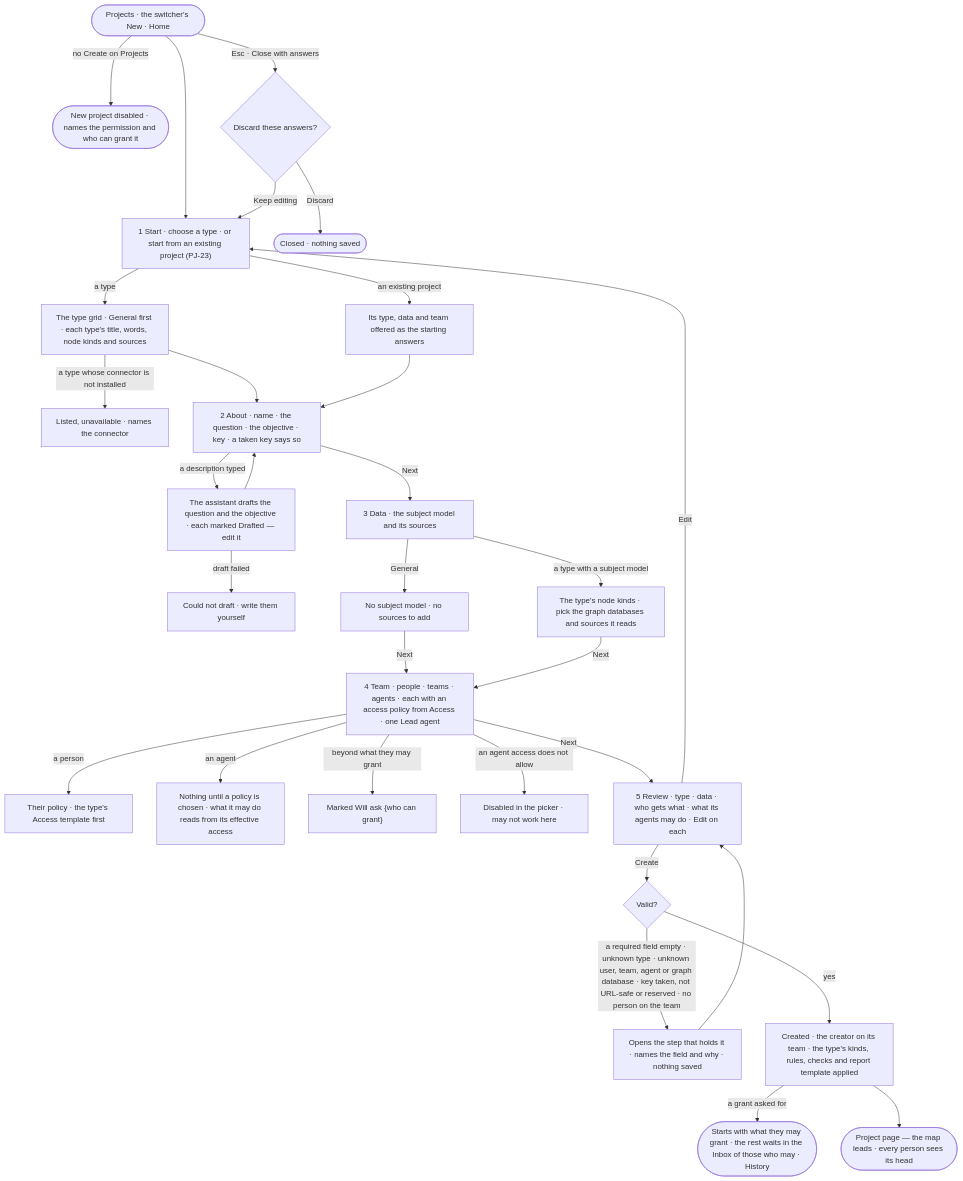
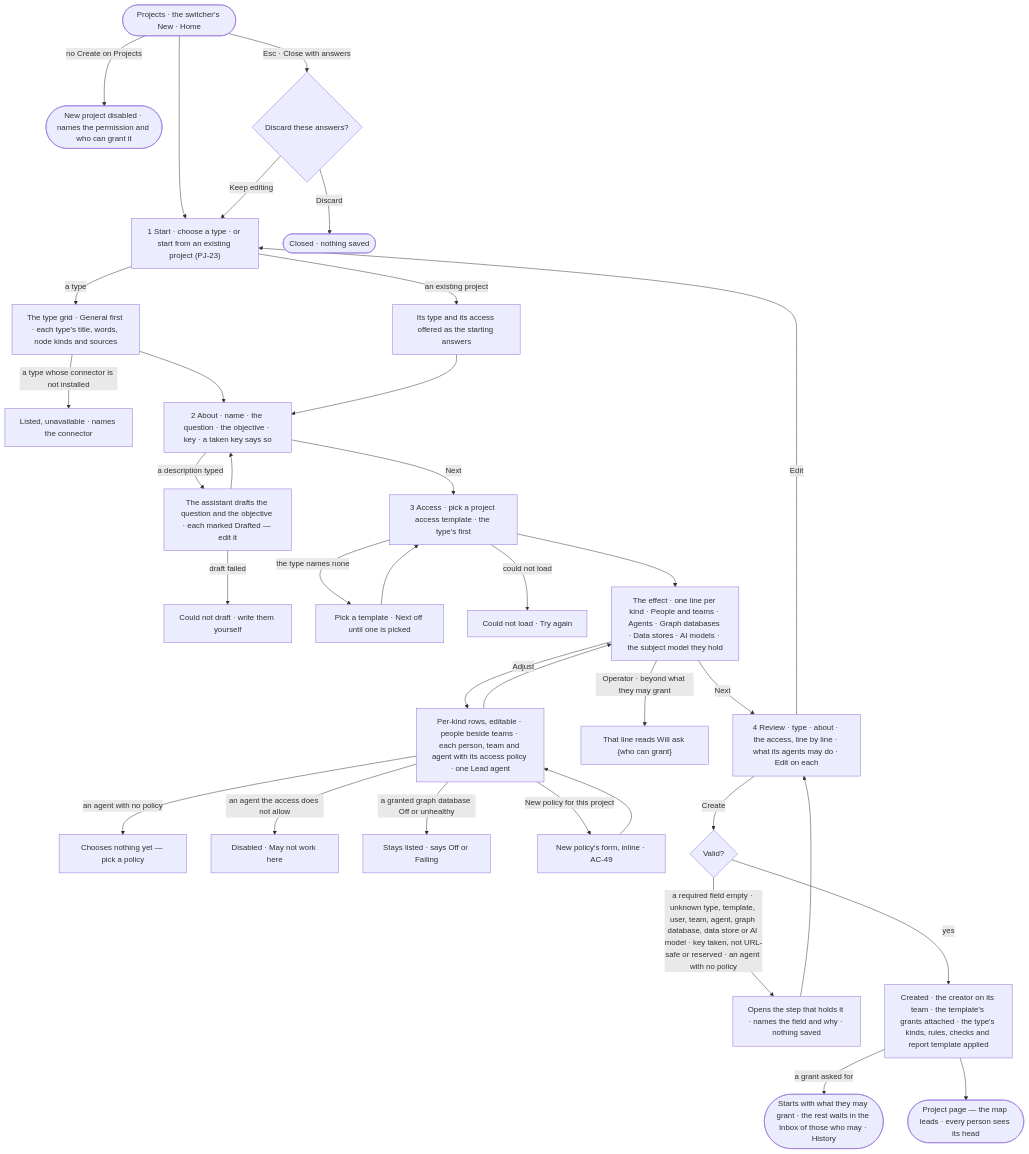
The diagram in specs/capabilities/projects/features/PJ-F01-projects-and-tasks/stories/PJ-02-start-a-project-of-its-type/story.md (invana/invana), drawn with Mermaid before and after one commit. The commit also changed other lines of this file and 12 other files, not shown here.

First line of the commit message:
docs(platform-design-3): New project's Access step — one project access template

````diff
--- a/specs/capabilities/projects/features/PJ-F01-projects-and-tasks/stories/PJ-02-start-a-project-of-its-type/story.md
+++ b/specs/capabilities/projects/features/PJ-F01-projects-and-tasks/stories/PJ-02-start-a-project-of-its-type/story.md
@@ -33,32 +34,34 @@
 ```mermaid
 flowchart TD
   s([Projects · the switcher's New · Home]) -->|no Create on Projects| off(["New project disabled · names the permission and who can grant it"])
   s --> st["1 Start · choose a type · or start from an existing project (PJ-23)"]
   st -->|a type| tg["The type grid · General first · each type's title, words, node kinds and sources"]
-  st -->|an existing project| ex["Its type, data and team offered as the starting answers"]
+  st -->|an existing project| ex["Its type and its access offered as the starting answers"]
   tg -->|a type whose connector is not installed| tu["Listed, unavailable · names the connector"]
   tg --> ab
   ex --> ab["2 About · name · the question · the objective · key · a taken key says so"]
   ab -->|a description typed| dr["The assistant drafts the question and the objective · each marked Drafted — edit it"]
   dr -->|draft failed| df["Could not draft · write them yourself"]
   dr --> ab
-  ab -->|Next| d["3 Data · the subject model and its sources"]
-  d -->|General| gn["No subject model · no sources to add"]
-  d -->|a type with a subject model| sm["The type's node kinds · pick the graph databases and sources it reads"]
-  gn -->|Next| t
-  sm -->|Next| t["4 Team · people · teams · agents · each with an access policy from Access · one Lead agent"]
-  t -->|a person| pp["Their policy · the type's Access template first"]
-  t -->|an agent| ap["Nothing until a policy is chosen · what it may do reads from its effective access"]
-  t -->|beyond what they may grant| askn["Marked Will ask {who can grant}"]
-  t -->|an agent access does not allow| na["Disabled in the picker · may not work here"]
-  t -->|Next| r["5 Review · type · data · who gets what · what its agents may do · Edit on each"]
+  ab -->|Next| a["3 Access · pick a project access template · the type's first"]
+  a -->|the type names none| pk["Pick a template · Next off until one is picked"] --> a
+  a -->|could not load| cl["Could not load · Try again"]
+  a --> ef["The effect · one line per kind · People and teams · Agents · Graph databases · Data stores · AI models · the subject model they hold"]
+  ef -->|Adjust| adj["Per-kind rows, editable · people beside teams · each person, team and agent with its access policy · one Lead agent"]
+  adj -->|an agent with no policy| np["Chooses nothing yet — pick a policy"]
+  adj -->|an agent the access does not allow| na["Disabled · May not work here"]
+  adj -->|a granted graph database Off or unhealthy| gdo["Stays listed · says Off or Failing"]
+  adj -->|New policy for this project| fm["New policy's form, inline · AC-49"] --> adj
+  ef -->|Operator · beyond what they may grant| ask["That line reads Will ask {who can grant}"]
+  adj --> ef
+  ef -->|Next| r["4 Review · type · about · the access, line by line · what its agents may do · Edit on each"]
   r -->|Edit| st
   r -->|Create| v{"Valid?"}
-  v -->|a required field empty · unknown type · unknown user, team, agent or graph database · key taken, not URL-safe or reserved · no person on the team| ref["Opens the step that holds it · names the field and why · nothing saved"] --> r
-  v -->|yes| c["Created · the creator on its team · the type's kinds, rules, checks and report template applied"]
+  v -->|a required field empty · unknown type, template, user, team, agent, graph database, data store or AI model · key taken, not URL-safe or reserved · an agent with no policy| ref["Opens the step that holds it · names the field and why · nothing saved"] --> r
+  v -->|yes| c["Created · the creator on its team · the template's grants attached · the type's kinds, rules, checks and report template applied"]
   c -->|a grant asked for| pend(["Starts with what they may grant · the rest waits in the Inbox of those who may · History"])
   c --> pg(["Project page — the map leads · every person sees its head"])
   s -->|Esc · Close with answers| x{"Discard these answers?"}
   x -->|Keep editing| st
   x -->|Discard| out(["Closed · nothing saved"])
 ```
````
